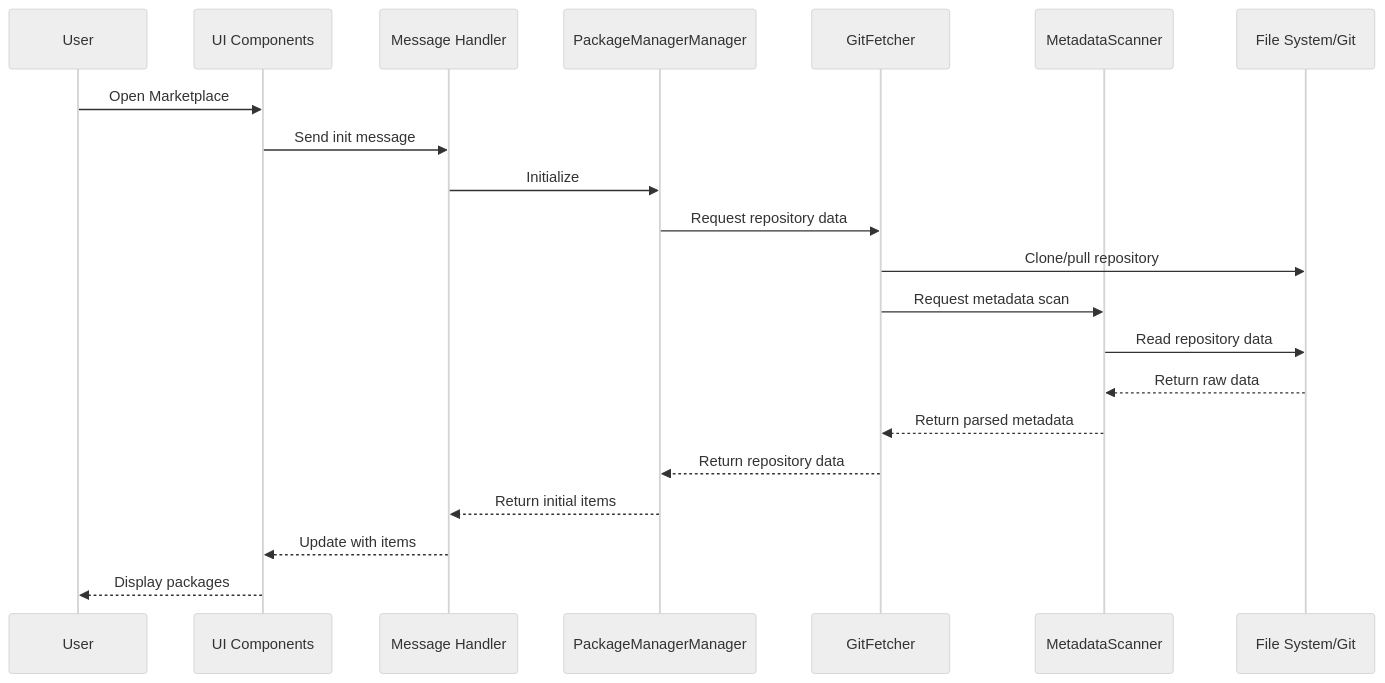
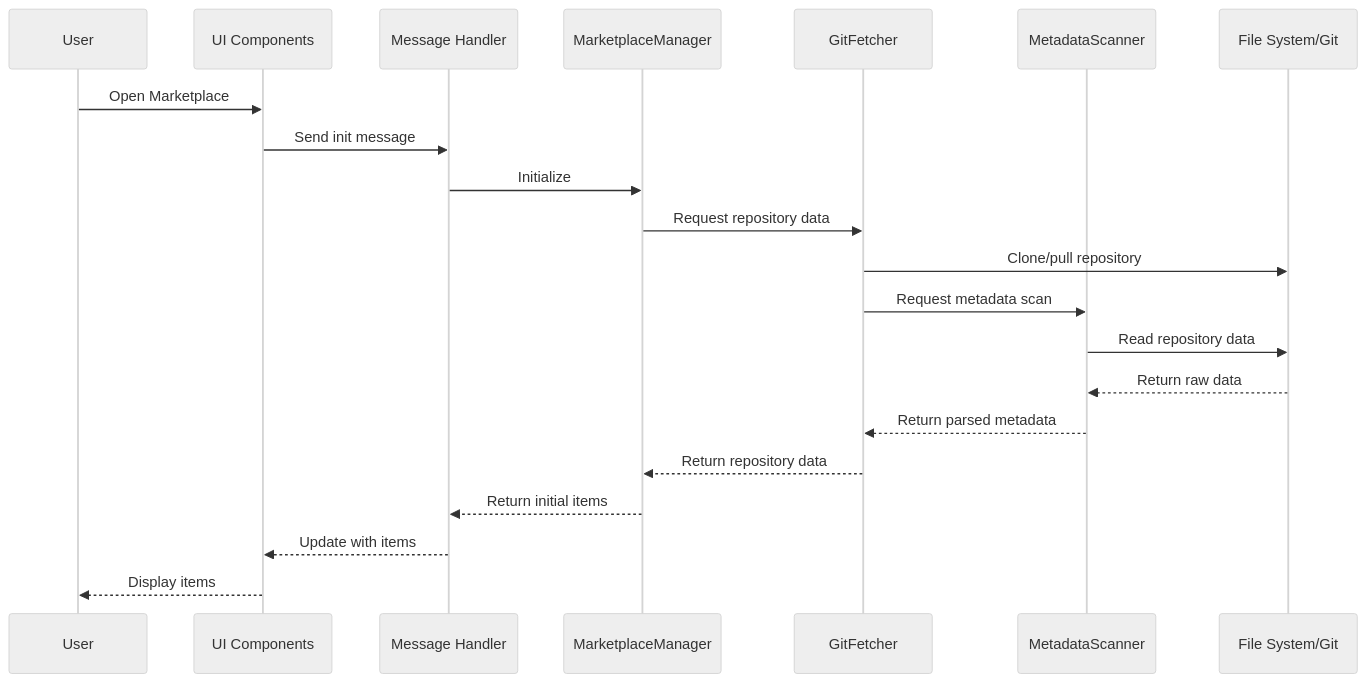
Before and after one commit to RooVetGit/Roo-Code: the third of 5 diagrams in cline_docs/marketplace/implementation/01-architecture.md, drawn with Mermaid (neutral theme). The commit also changed other lines of this file and 84 other files, not shown here.

````diff
--- a/cline_docs/marketplace/implementation/01-architecture.md
+++ b/cline_docs/marketplace/implementation/01-architecture.md
@@ -99,24 +99,24 @@
 ```mermaid
 sequenceDiagram
     participant User
     participant UI as UI Components
     participant MH as Message Handler
-    participant PM as PackageManagerManager
+    participant PM as MarketplaceManager
     participant GF as GitFetcher
     participant MS as MetadataScanner
     participant FS as File System/Git
 
     User->>UI: Open Marketplace
     UI->>MH: Send init message
     MH->>PM: Initialize
     PM->>GF: Request repository data
     GF->>FS: Clone/pull repository
     GF->>MS: Request metadata scan
     MS->>FS: Read repository data
     FS-->>MS: Return raw data
     MS-->>GF: Return parsed metadata
     GF-->>PM: Return repository data
     PM-->>MH: Return initial items
     MH-->>UI: Update with items
-    UI-->>User: Display packages
+    UI-->>User: Display items
 ```
````
